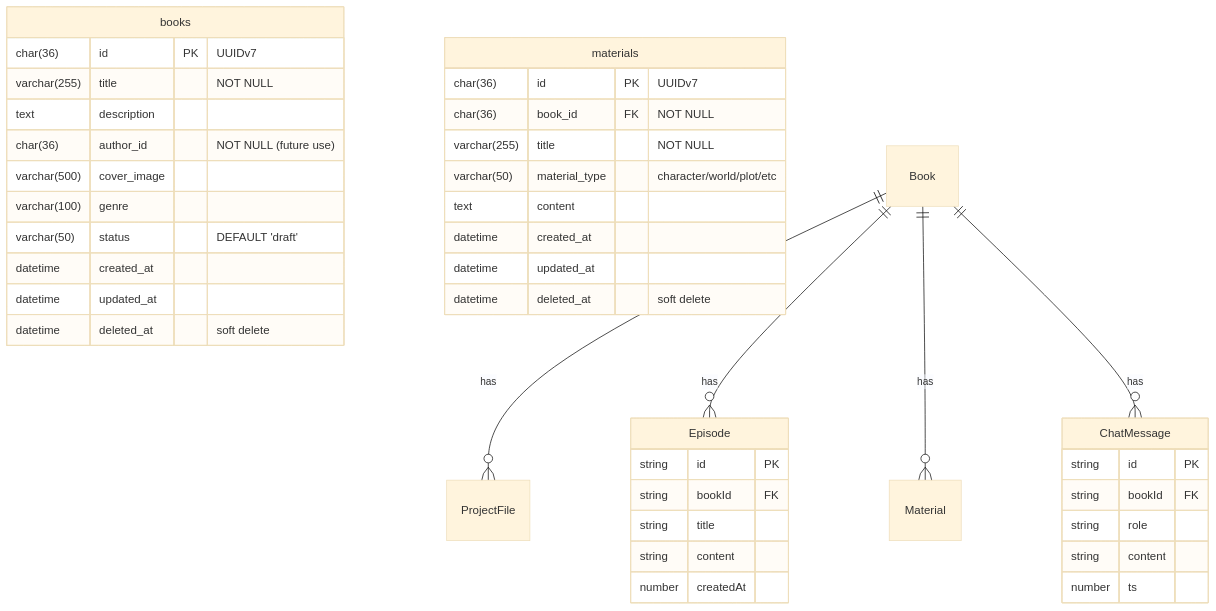
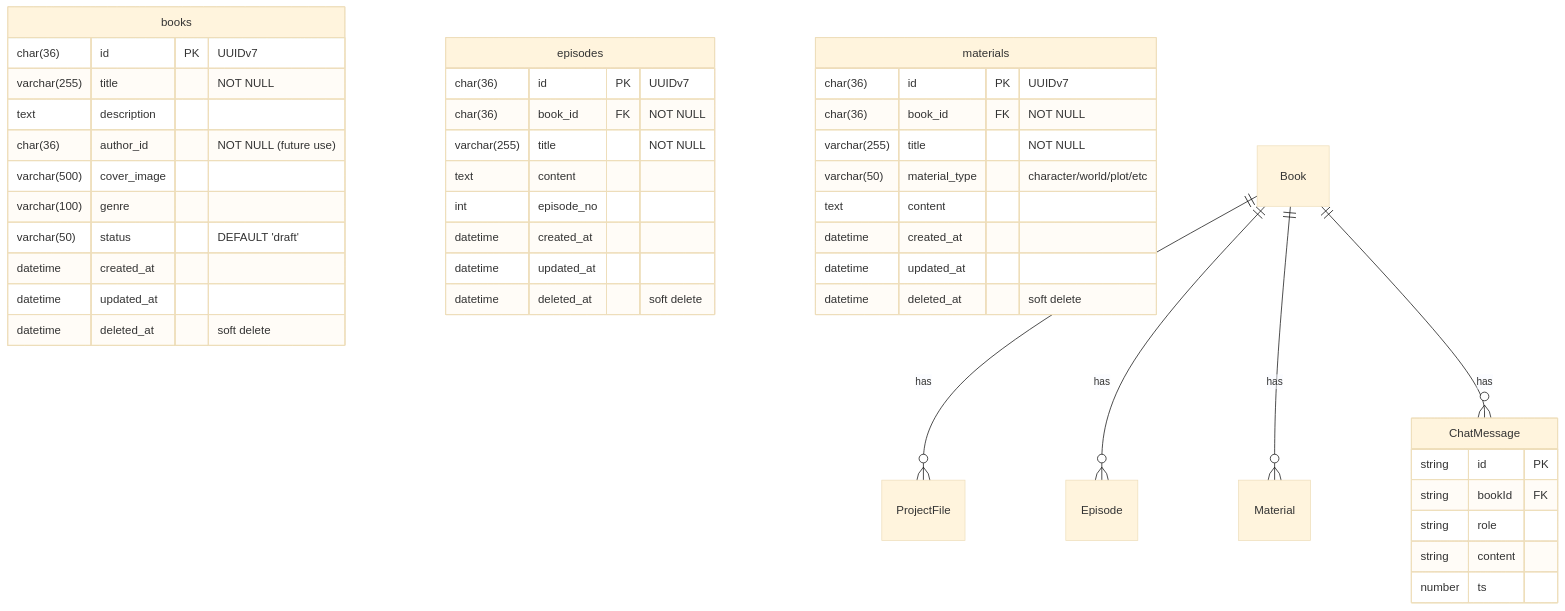
Before and after one commit to ray03j/openapi-challecara: the diagram in er_diagram.md, drawn with Mermaid (base theme).

Commit message:
fix: Episode ER diagram

````diff
--- a/er_diagram.md
+++ b/er_diagram.md
@@ -1,48 +1,51 @@
 ```mermaid
 erDiagram
     books {
         char(36) id PK "UUIDv7"
         varchar(255) title "NOT NULL"
         text description
         char(36) author_id "NOT NULL (future use)"
         varchar(500) cover_image
         varchar(100) genre
         varchar(50) status "DEFAULT 'draft'"
         datetime created_at
         datetime updated_at
         datetime deleted_at "soft delete"
     }
 
-    Episode {
-        string id PK
-        string bookId FK
-        string title
-        string content
-        number createdAt
+    episodes {
+        char(36) id PK "UUIDv7"
+        char(36) book_id FK "NOT NULL"
+        varchar(255) title "NOT NULL"
+        text content
+        int episode_no
+        datetime created_at
+        datetime updated_at
+        datetime deleted_at "soft delete"
     }
 
     materials {
         char(36) id PK "UUIDv7"
         char(36) book_id FK "NOT NULL"
         varchar(255) title "NOT NULL"
         varchar(50) material_type "character/world/plot/etc"
         text content
         datetime created_at
         datetime updated_at
         datetime deleted_at "soft delete"
     }
 
     ChatMessage {
         string id PK
         string bookId FK
         string role
         string content
         number ts
     }
 
     Book ||--o{ ProjectFile : has
     Book ||--o{ Episode : has
     Book ||--o{ Material : has
     Book ||--o{ ChatMessage : has
 
 ```
````
